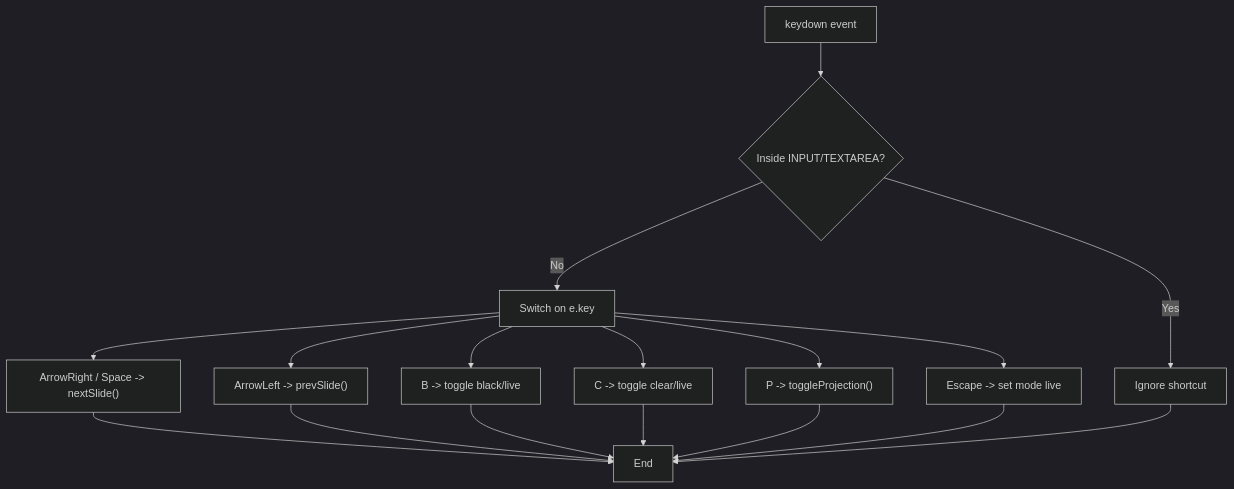
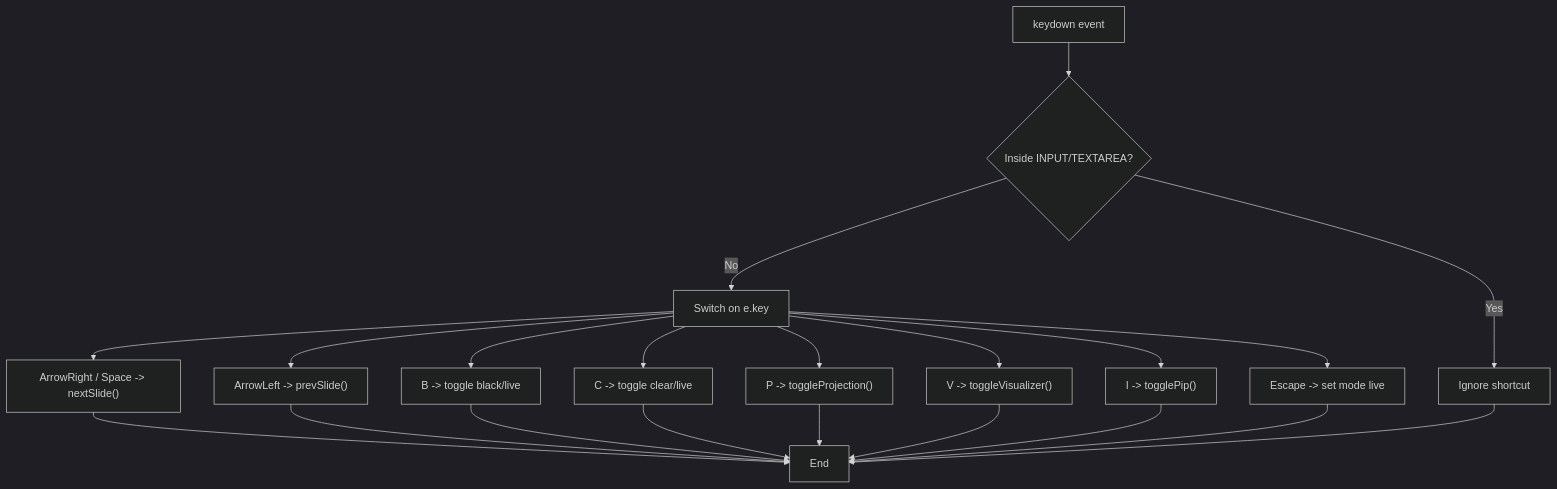
One commit to jimmywyk/lyricdeck changed the fourth of 8 diagrams in .qoder/repowiki/en/content/Core Features/Live Presentation Engine.md. Above: the diagram before and after it, drawn with Mermaid (dark theme). The commit also changed other lines of this file and 5 other files, not shown here.

````diff
--- a/.qoder/repowiki/en/content/Core Features/Live Presentation Engine.md
+++ b/.qoder/repowiki/en/content/Core Features/Live Presentation Engine.md
@@ -207,19 +266,23 @@
 ```mermaid
 flowchart TD
 Keydown["keydown event"] --> Guard{"Inside INPUT/TEXTAREA?"}
 Guard --> |Yes| Ignore["Ignore shortcut"]
 Guard --> |No| Switch["Switch on e.key"]
 Switch --> Next["ArrowRight / Space -> nextSlide()"]
 Switch --> Prev["ArrowLeft -> prevSlide()"]
 Switch --> ToggleBlack["B -> toggle black/live"]
 Switch --> ToggleClear["C -> toggle clear/live"]
 Switch --> ToggleProj["P -> toggleProjection()"]
+Switch --> ToggleVisualizer["V -> toggleVisualizer()"]
+Switch --> TogglePiP["I -> togglePip()"]
 Switch --> EscapeLive["Escape -> set mode live"]
 Next --> End
 Prev --> End
 ToggleBlack --> End
 ToggleClear --> End
 ToggleProj --> End
+ToggleVisualizer --> End
+TogglePiP --> End
 EscapeLive --> End
 Ignore --> End
 ```
````
